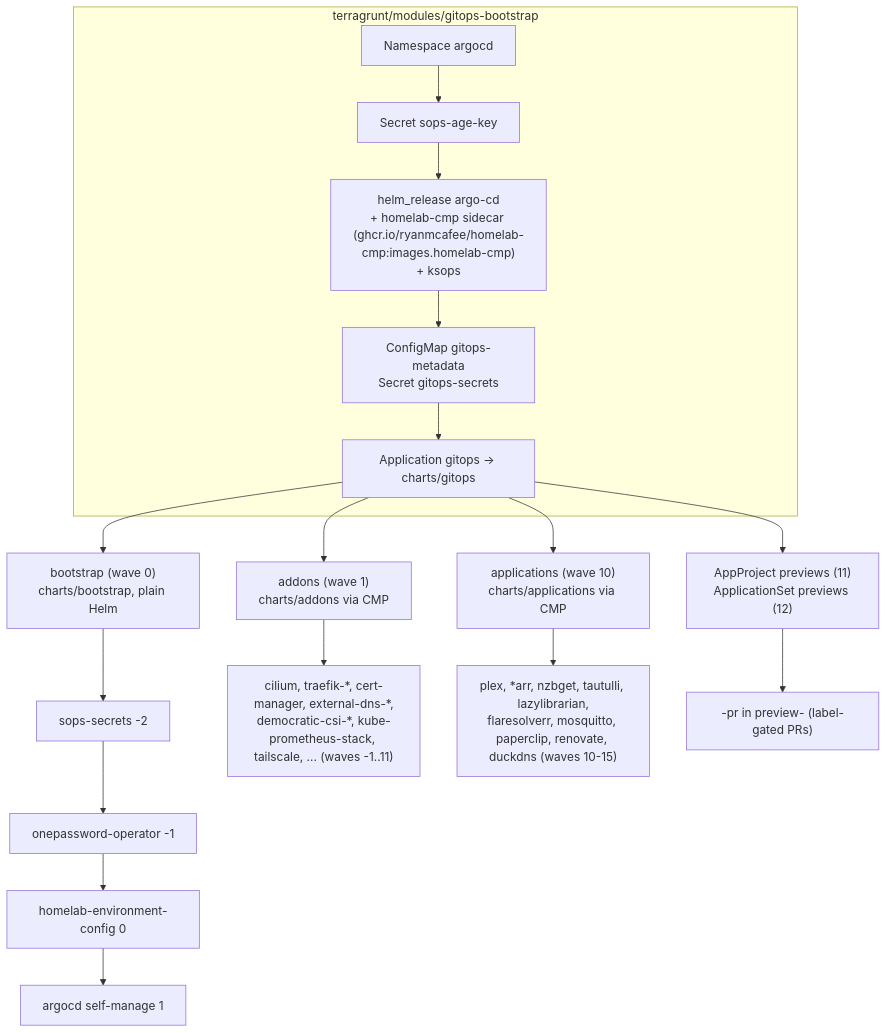
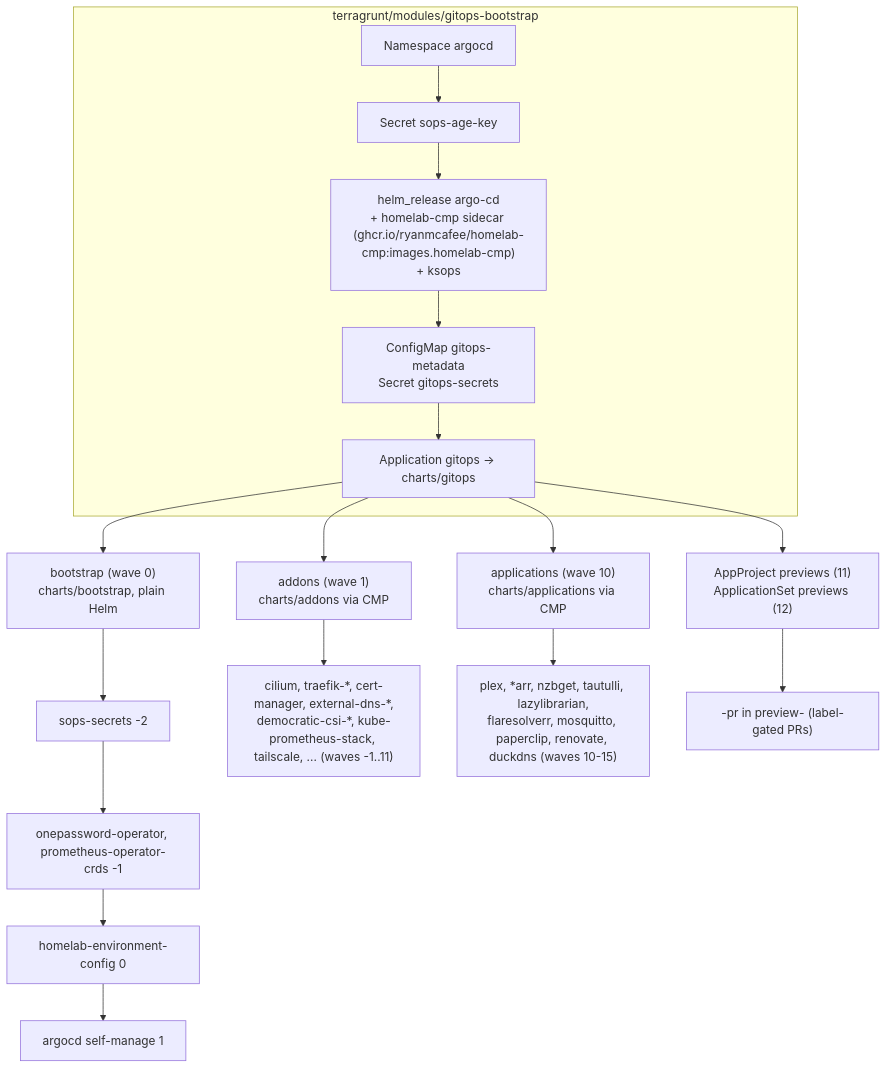
Before and after one commit to ryanmcafee/homelab: the second of 5 diagrams in docs/architecture.md, drawn with Mermaid. The commit also changed other lines of this file and 17 other files, not shown here.

First line of the commit message:
feat(monitoring): Prometheus operator CRDs install at bootstrap wave -1, before ArgoCD

````diff
--- a/docs/architecture.md
+++ b/docs/architecture.md
@@ -105,17 +105,17 @@
 ```mermaid
 flowchart TB
   subgraph tf["terragrunt/modules/gitops-bootstrap"]
     ns[Namespace argocd] --> key[Secret sops-age-key]
     key --> helm["helm_release argo-cd\n+ homelab-cmp sidecar (ghcr.io/ryanmcafee/homelab-cmp:images.homelab-cmp)\n+ ksops"]
     helm --> meta[ConfigMap gitops-metadata\nSecret gitops-secrets]
     meta --> root[Application gitops → charts/gitops]
   end
   root --> boot["bootstrap (wave 0)\ncharts/bootstrap, plain Helm"]
   root --> addons["addons (wave 1)\ncharts/addons via CMP"]
   root --> apps["applications (wave 10)\ncharts/applications via CMP"]
   root --> prev["AppProject previews (11)\nApplicationSet previews (12)"]
-  boot --> b1[sops-secrets -2] --> b2[onepassword-operator -1] --> b3[homelab-environment-config 0] --> b4[argocd self-manage 1]
+  boot --> b1[sops-secrets -2] --> b2["onepassword-operator, prometheus-operator-crds -1"] --> b3[homelab-environment-config 0] --> b4[argocd self-manage 1]
   addons --> a1["cilium, traefik-*, cert-manager, external-dns-*,\ndemocratic-csi-*, kube-prometheus-stack, tailscale, ... (waves -1..11)"]
   apps --> p1["plex, *arr, nzbget, tautulli, lazylibrarian,\nflaresolverr, mosquitto, paperclip, renovate, duckdns (waves 10-15)"]
   prev --> pr["<app>-pr<N> in preview-<N> (label-gated PRs)"]
 ```
````
